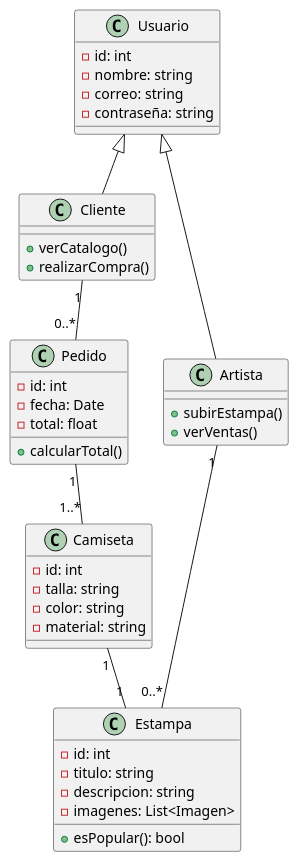
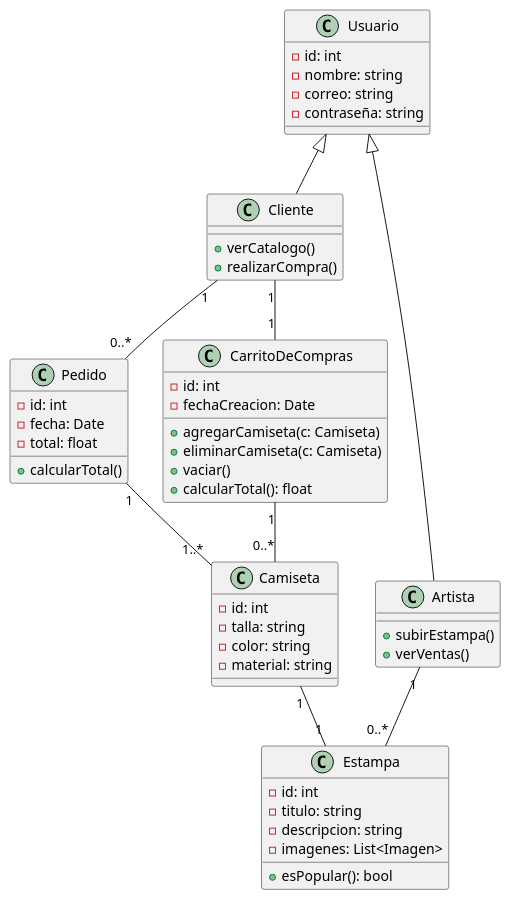
Before and after one commit to Inaryuta/Proyecto-Final-FIS: the diagram in Producto/Diagramas/diagrama_clases.puml, drawn with PlantUML.

```diff
--- a/Producto/Diagramas/diagrama_clases.puml
+++ b/Producto/Diagramas/diagrama_clases.puml
@@ -1,45 +1,56 @@
 @startuml class diagram
 class Usuario {
     - id: int
     - nombre: string
     - correo: string
     - contraseña: string
 }
 
 class Cliente extends Usuario {
     + verCatalogo()
     + realizarCompra()
 }
 
 class Artista extends Usuario {
     + subirEstampa()
     + verVentas()
 }
 
 class Estampa {
     - id: int
     - titulo: string
     - descripcion: string
     - imagenes: List<Imagen>
     + esPopular(): bool
 }
 
 class Camiseta {
     - id: int
     - talla: string
     - color: string
     - material: string
 }
 
 class Pedido {
     - id: int
     - fecha: Date
     - total: float
     + calcularTotal()
 }
 
+class CarritoDeCompras {
+    - id: int
+    - fechaCreacion: Date
+    + agregarCamiseta(c: Camiseta)
+    + eliminarCamiseta(c: Camiseta)
+    + vaciar()
+    + calcularTotal(): float
+}
+
 Artista "1" -- "0..*" Estampa
 Cliente "1" -- "0..*" Pedido
+Cliente "1" -- "1" CarritoDeCompras
+CarritoDeCompras "1" -- "0..*" Camiseta
 Pedido "1" -- "1..*" Camiseta
 Camiseta "1" -- "1" Estampa
 @enduml
```
